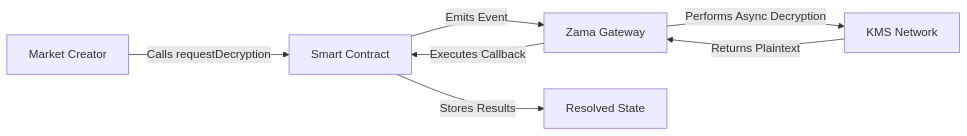
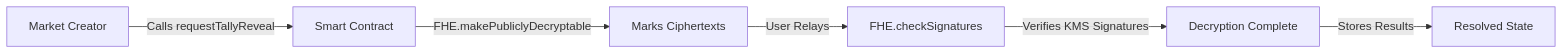
One commit to ngsacluema/BeliefMarketFHE changed the third of 3 diagrams in README.md. Above: the diagram before and after it, drawn with Mermaid. The commit also changed other lines of this file, not shown here.

````diff
--- a/README.md
+++ b/README.md
@@ -160,9 +160,8 @@
 ```mermaid
 graph LR
-    A[Market Creator] -->|Calls requestDecryption| B[Smart Contract]
-    B -->|Emits Event| C[Zama Gateway]
-    C -->|Performs Async Decryption| D[KMS Network]
-    D -->|Returns Plaintext| C
-    C -->|Executes Callback| B
-    B -->|Stores Results| E[Resolved State]
+    A[Market Creator] -->|Calls requestTallyReveal| B[Smart Contract]
+    B -->|FHE.makePubliclyDecryptable| C[Marks Ciphertexts]
+    C -->|User Relays| D[FHE.checkSignatures]
+    D -->|Verifies KMS Signatures| E[Decryption Complete]
+    E -->|Stores Results| F[Resolved State]
 ```
````
